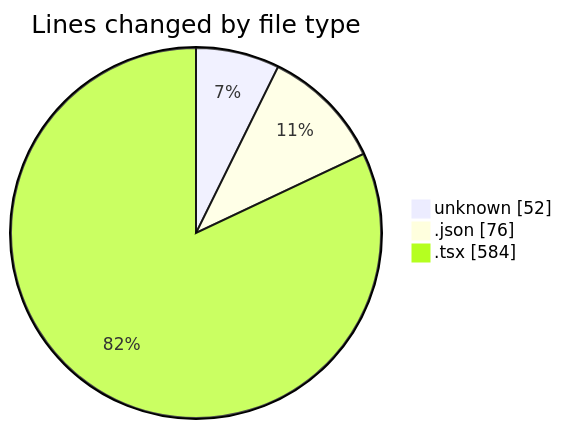
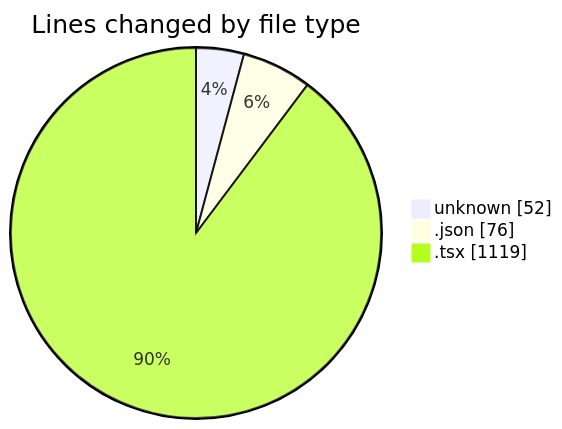
One commit to JenPaints/code-tracking changed the first of 2 diagrams in 2025-06-28/navtech/README.md. Above: the diagram before and after it, drawn with Mermaid. The commit also changed other lines of this file and 1 other file, not shown here.

````diff
--- a/2025-06-28/navtech/README.md
+++ b/2025-06-28/navtech/README.md
@@ -24,7 +25,7 @@
 ```mermaid
 pie showData
 title Lines changed by file type
 "unknown" : 52
 ".json" : 76
-".tsx" : 584
+".tsx" : 1119
 ```
````
